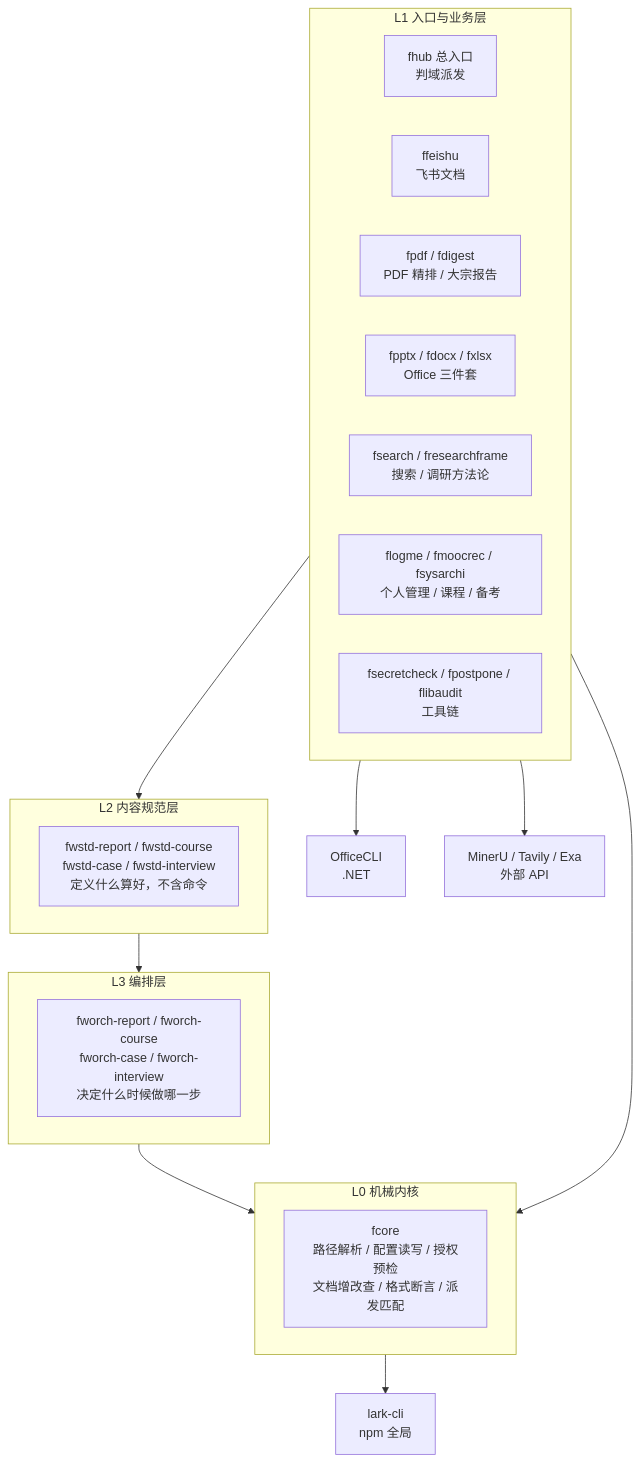
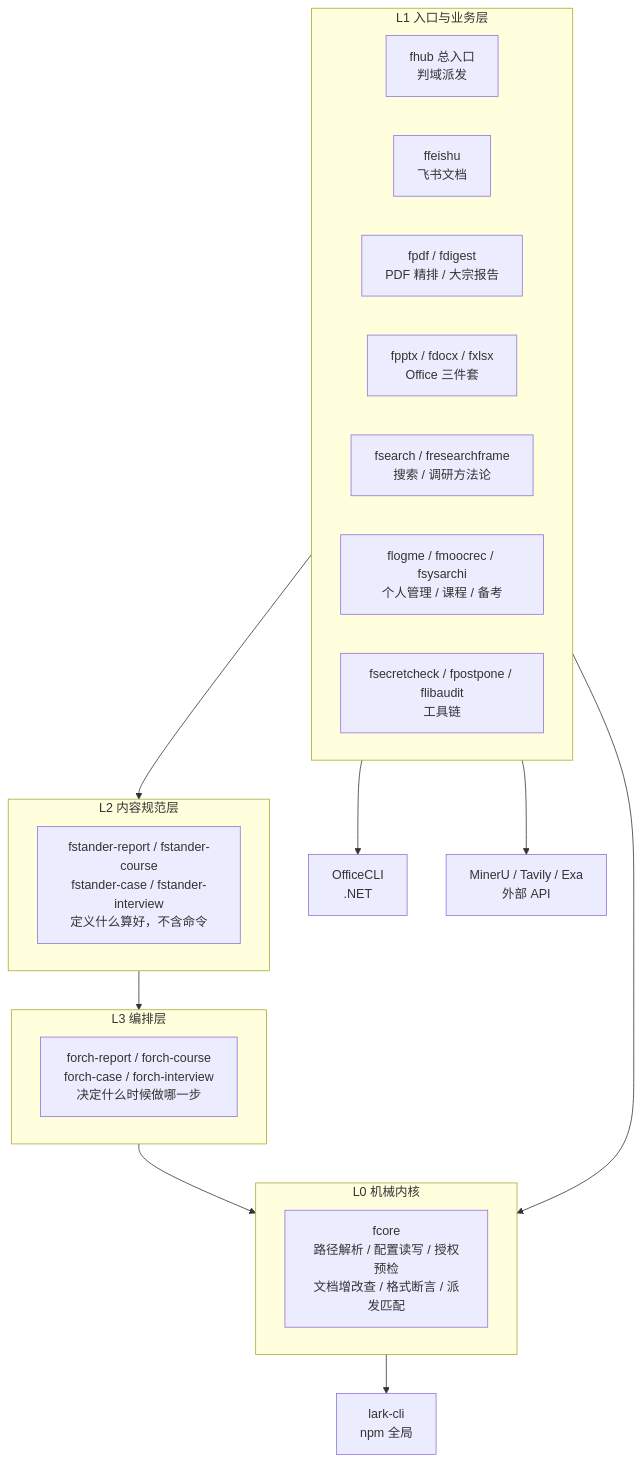
One commit to mengfanchun2017/skill changed the first of 3 diagrams in README.md. Above: the diagram before and after it, drawn with Mermaid. The commit also changed other lines of this file and 151 other files, not shown here.

````diff
--- a/README.md
+++ b/README.md
@@ -42,37 +42,37 @@
 ```mermaid
 flowchart TB
     subgraph L1["L1 入口与业务层"]
         direction LR
         fhub["fhub 总入口<br/>判域派发"]
         feishu["ffeishu<br/>飞书文档"]
         pdf["fpdf / fdigest<br/>PDF 精排 / 大宗报告"]
         office["fpptx / fdocx / fxlsx<br/>Office 三件套"]
         research["fsearch / fresearchframe<br/>搜索 / 调研方法论"]
         personal["flogme / fmoocrec / fsysarchi<br/>个人管理 / 课程 / 备考"]
         tool["fsecretcheck / fpostpone / flibaudit<br/>工具链"]
     end
 
     subgraph L2["L2 内容规范层"]
-        fwstd["fwstd-report / fwstd-course<br/>fwstd-case / fwstd-interview<br/>定义什么算好，不含命令"]
+        fstander["fstander-report / fstander-course<br/>fstander-case / fstander-interview<br/>定义什么算好，不含命令"]
     end
 
     subgraph L3["L3 编排层"]
-        fworch["fworch-report / fworch-course<br/>fworch-case / fworch-interview<br/>决定什么时候做哪一步"]
+        forch["forch-report / forch-course<br/>forch-case / forch-interview<br/>决定什么时候做哪一步"]
     end
 
     subgraph L0["L0 机械内核"]
         fcore["fcore<br/>路径解析 / 配置读写 / 授权预检<br/>文档增改查 / 格式断言 / 派发匹配"]
     end
 
     L1 --> L2
     L2 --> L3
     L3 --> L0
     L1 --> L0
 
     ext1["lark-cli<br/>npm 全局"]
     ext2["OfficeCLI<br/>.NET"]
     ext3["MinerU / Tavily / Exa<br/>外部 API"]
     L0 --> ext1
     L1 --> ext2
     L1 --> ext3
 ```
````
